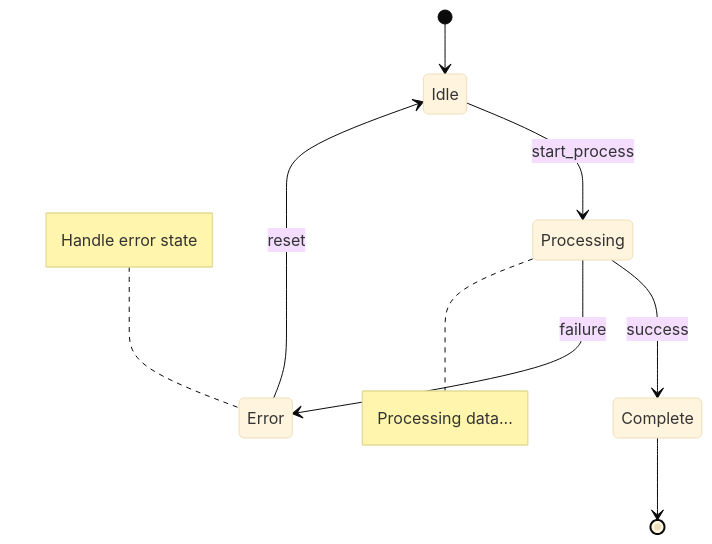
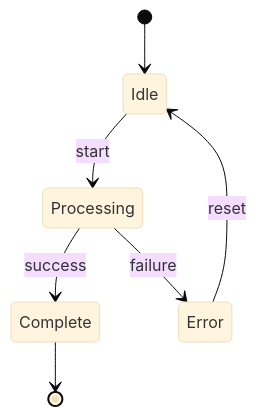
The fourth of 9 diagrams in .cursor/agents/development/mermaid-specialist.md (marciocar/onion-cursor), drawn with Mermaid (base theme) before and after one commit. The commit also changed other lines of this file and 207 other files, not shown here.

````diff
--- a/.cursor/agents/development/mermaid-specialist.md
+++ b/.cursor/agents/development/mermaid-specialist.md
@@ -548,12 +122,9 @@
 ```mermaid
 stateDiagram-v2
     [*] --> Idle
-    Idle --> Processing : start_process
+    Idle --> Processing : start
     Processing --> Complete : success
     Processing --> Error : failure
     Error --> Idle : reset
     Complete --> [*]
-    
-    note right of Processing : Processing data...
-    note left of Error : Handle error state
 ```
````
